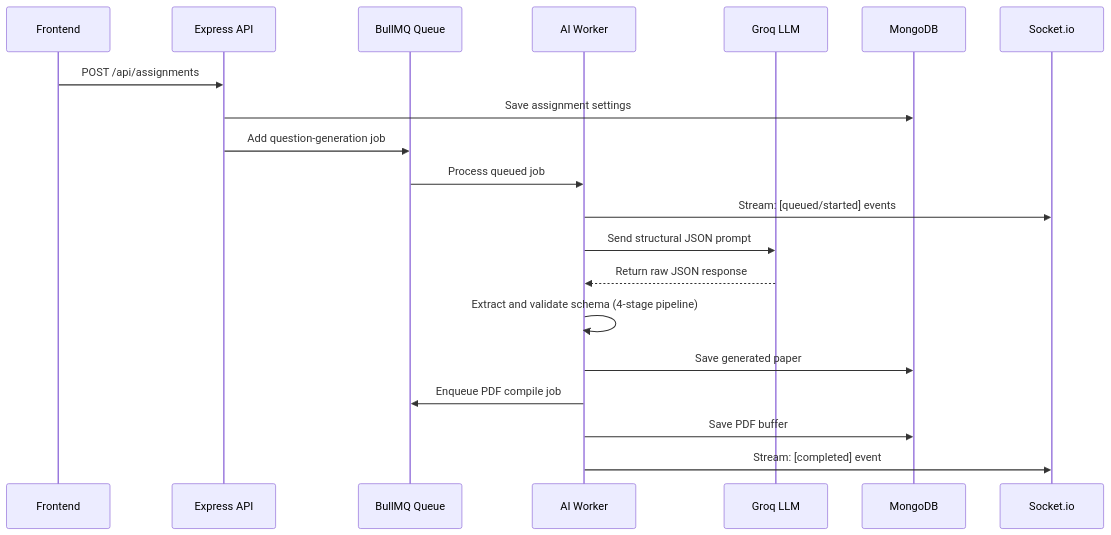
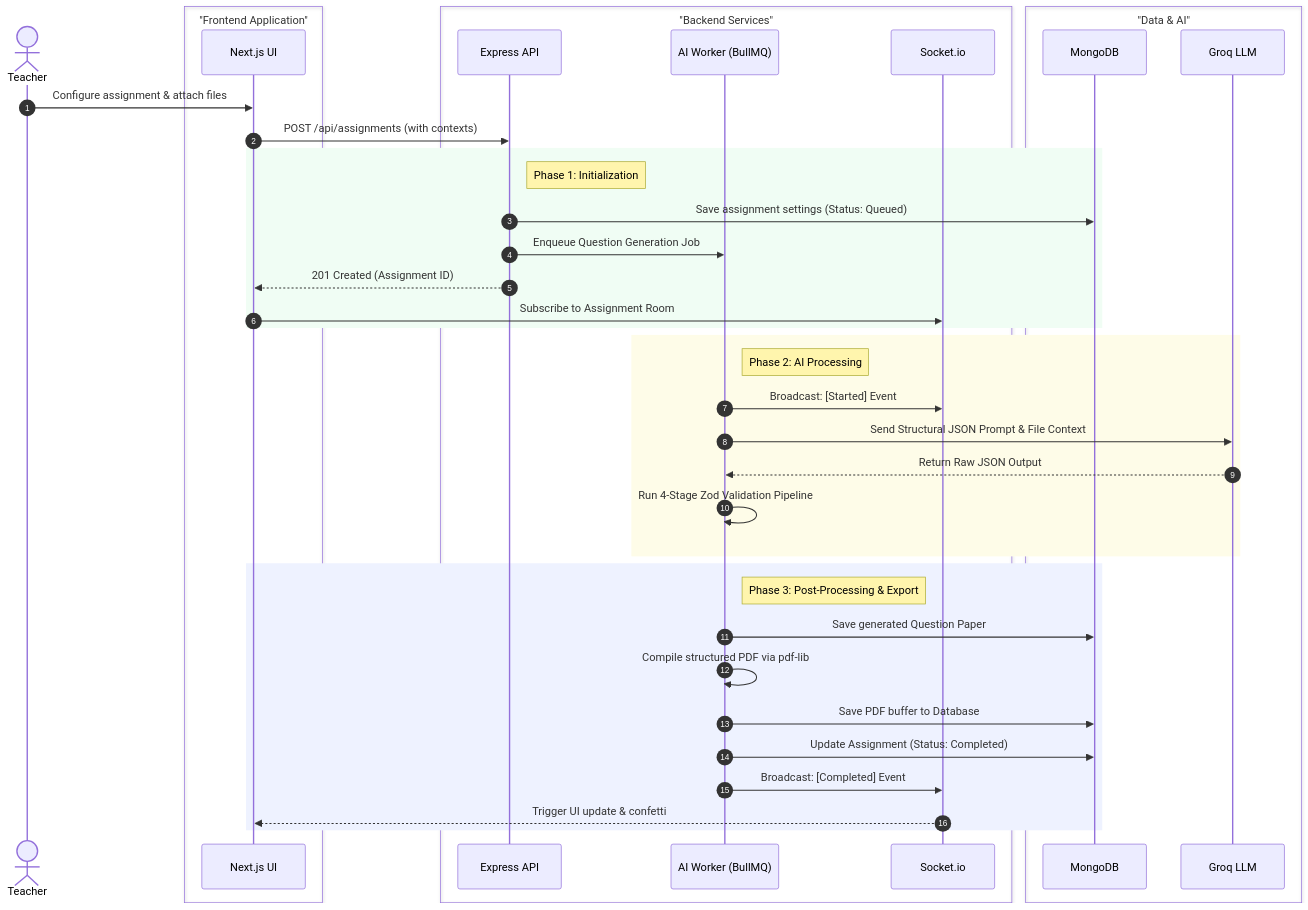
The second of 2 diagrams in README.md (nipun1803/VedaAI), drawn with Mermaid before and after one commit. The commit also changed other lines of this file, not shown here.

````diff
--- a/README.md
+++ b/README.md
@@ -53,22 +100,49 @@
 ```mermaid
 sequenceDiagram
-  participant FE as Frontend
-  participant API as Express API
-  participant Q as BullMQ Queue
-  participant W as AI Worker
-  participant G as Groq LLM
-  participant DB as MongoDB
-  participant S as Socket.io
-  FE->>API: POST /api/assignments
-  API->>DB: Save assignment settings
-  API->>Q: Add question-generation job
-  Q->>W: Process queued job
-  W->>S: Stream: [queued/started] events
-  W->>G: Send structural JSON prompt
-  G-->>W: Return raw JSON response
-  W->>W: Extract and validate schema (4-stage pipeline)
-  W->>DB: Save generated paper
-  W->>Q: Enqueue PDF compile job
-  W->>DB: Save PDF buffer
-  W->>S: Stream: [completed] event
+  autonumber
+  actor T as Teacher
+  
+  box "Frontend Application" #F3F4F6
+    participant FE as Next.js UI
+  end
+  
+  box "Backend Services" #E0F2FE
+    participant API as Express API
+    participant W as AI Worker (BullMQ)
+    participant S as Socket.io
+  end
+
+  box "Data & AI" #FEF3C7
+    participant DB as MongoDB
+    participant G as Groq LLM
+  end
+
+  T->>FE: Configure assignment & attach files
+  FE->>API: POST /api/assignments (with contexts)
+  
+  rect rgb(240, 253, 244)
+    Note right of API: Phase 1: Initialization
+    API->>DB: Save assignment settings (Status: Queued)
+    API->>W: Enqueue Question Generation Job
+    API-->>FE: 201 Created (Assignment ID)
+    FE->>S: Subscribe to Assignment Room
+  end
+  
+  rect rgb(254, 252, 232)
+    Note right of W: Phase 2: AI Processing
+    W->>S: Broadcast: [Started] Event
+    W->>G: Send Structural JSON Prompt & File Context
+    G-->>W: Return Raw JSON Output
+    W->>W: Run 4-Stage Zod Validation Pipeline
+  end
+  
+  rect rgb(238, 242, 255)
+    Note right of W: Phase 3: Post-Processing & Export
+    W->>DB: Save generated Question Paper
+    W->>W: Compile structured PDF via pdf-lib
+    W->>DB: Save PDF buffer to Database
+    W->>DB: Update Assignment (Status: Completed)
+    W->>S: Broadcast: [Completed] Event
+    S-->>FE: Trigger UI update & confetti
+  end
 ```
````
